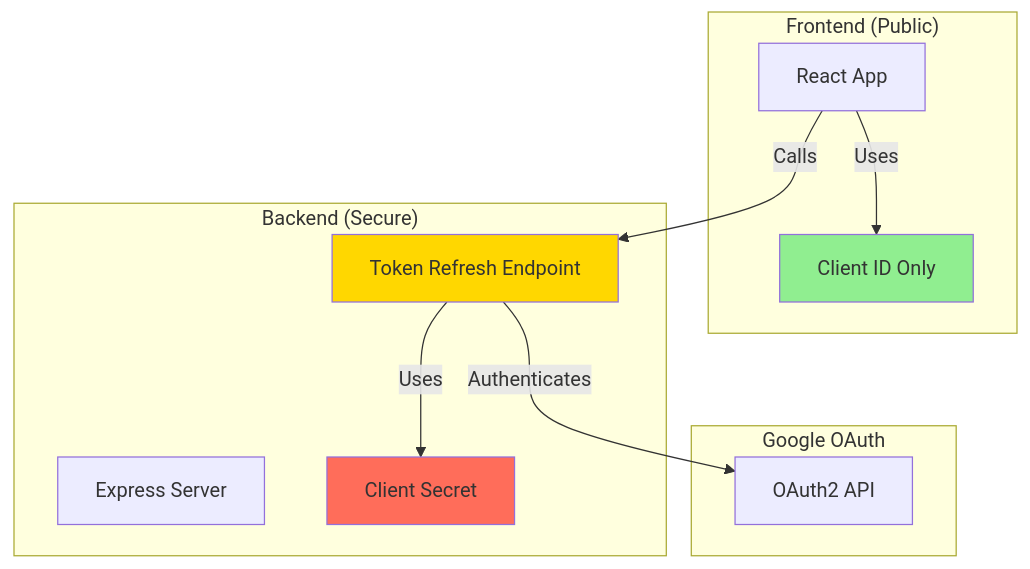
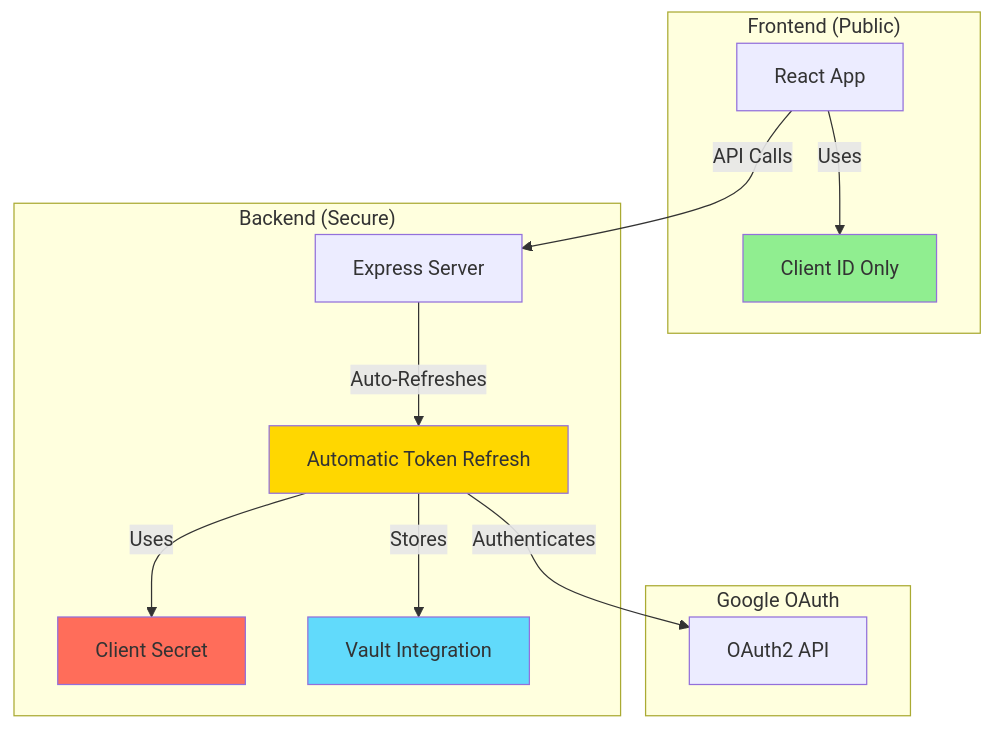
The third of 3 diagrams in docs/google-authentication.md (nicmart-dev/linguistnow), drawn with Mermaid before and after one commit. The commit also changed other lines of this file and 13 other files, not shown here.

First line of the commit message:
docs: update architecture, deployment, and integration documentation

````diff
--- a/docs/google-authentication.md
+++ b/docs/google-authentication.md
@@ -176,26 +270,30 @@
 ```mermaid
 graph TB
     subgraph "Frontend (Public)"
         A[React App]
         B[Client ID Only]
     end
 
     subgraph "Backend (Secure)"
         C[Express Server]
         D[Client Secret]
-        E[Token Refresh Endpoint]
+        E[Automatic Token Refresh]
+        F[Vault Integration]
     end
 
     subgraph "Google OAuth"
-        F[OAuth2 API]
+        G[OAuth2 API]
     end
 
     A -->|Uses| B
-    A -->|Calls| E
+    A -->|API Calls| C
+    C -->|Auto-Refreshes| E
     E -->|Uses| D
-    E -->|Authenticates| F
+    E -->|Stores| F
+    E -->|Authenticates| G
 
     style B fill:#90ee90
     style D fill:#ff6d5a
     style E fill:#ffd700
+    style F fill:#61dafb
 ```
````
